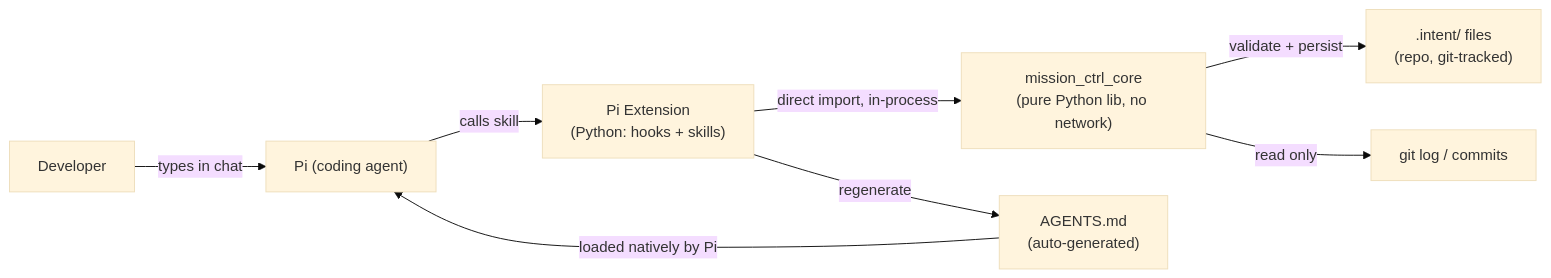
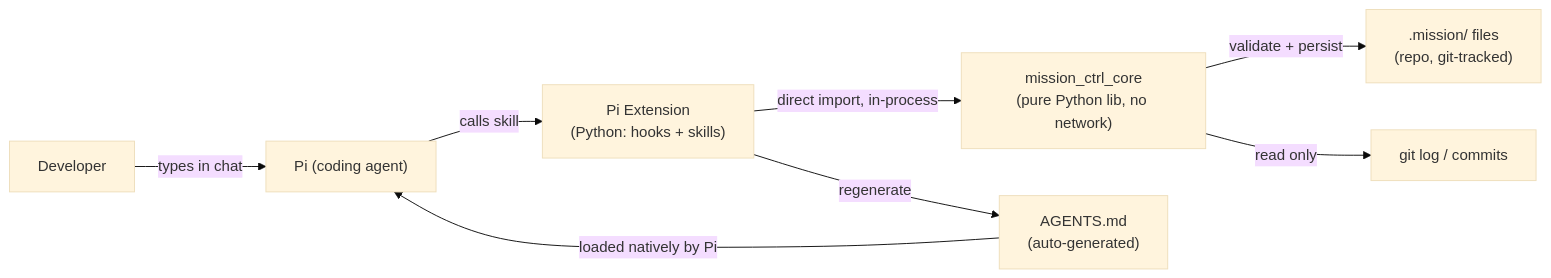
One commit to sdevikar/sdlc-tools changed the first of 4 diagrams in mission-ctrl/docs/architecture.md. Above: the diagram before and after it, drawn with Mermaid (base theme). The commit also changed other lines of this file and 59 other files, not shown here.

First line of the commit message:
mission-store-rename-14: .intent/ -> .mission/, add intent/intent.md

````diff
--- a/mission-ctrl/docs/architecture.md
+++ b/mission-ctrl/docs/architecture.md
@@ -12,18 +12,18 @@
 ```mermaid
 flowchart LR
     Dev["Developer"]
     Agent["Pi (coding agent)"]
     Ext["Pi Extension\n(Python: hooks + skills)"]
     Core["mission_ctrl_core\n(pure Python lib, no network)"]
-    State[".intent/ files\n(repo, git-tracked)"]
+    State[".mission/ files\n(repo, git-tracked)"]
     Git["git log / commits"]
     MD["AGENTS.md\n(auto-generated)"]
 
     Dev -->|types in chat| Agent
     Agent -->|calls skill| Ext
     Ext -->|direct import, in-process| Core
     Core -->|validate + persist| State
     Core -->|read only| Git
     Ext -->|regenerate| MD
     MD -->|loaded natively by Pi| Agent
 ```
````
